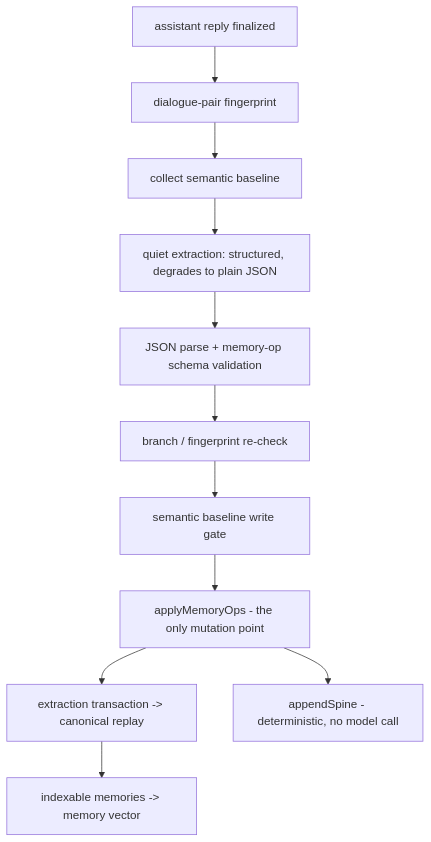
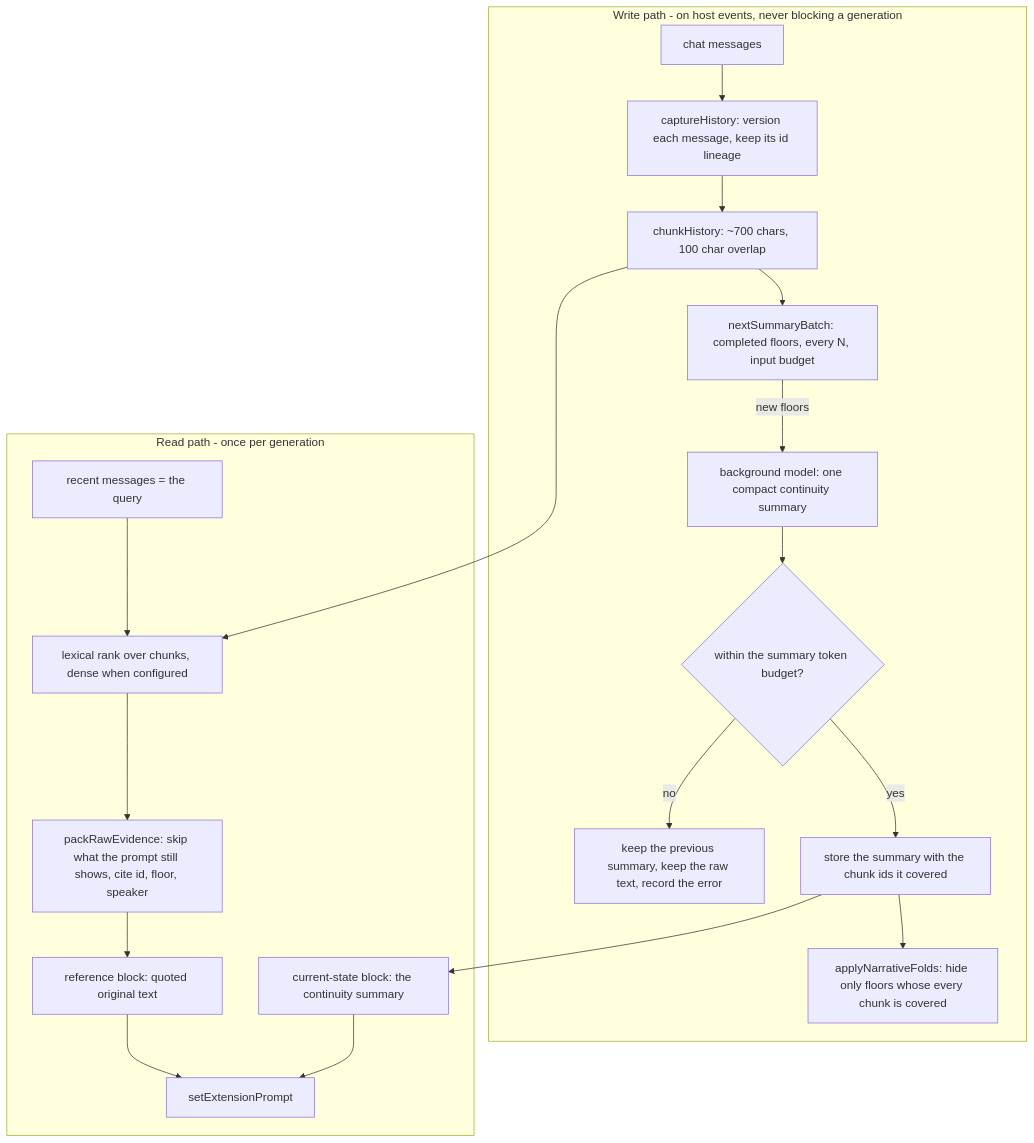
One commit to Icey0111/Memory-plugin changed the diagram in dev_docs/01_architecture.md. Above: the diagram before and after it, drawn with Mermaid. The commit also changed other lines of this file and 75 other files, not shown here.

First line of the commit message:
feat: the summary carries continuity and the original text carries detail

````diff
--- a/dev_docs/01_architecture.md
+++ b/dev_docs/01_architecture.md
@@ -60,13 +23,22 @@
 ```mermaid
 flowchart TD
-    A[assistant reply finalized] --> B[dialogue-pair fingerprint]
-    B --> C[collect semantic baseline]
-    C --> D[quiet extraction: structured, degrades to plain JSON]
-    D --> E[JSON parse + memory-op schema validation]
-    E --> F[branch / fingerprint re-check]
-    F --> G[semantic baseline write gate]
-    G --> H[applyMemoryOps - the only mutation point]
-    H --> I[extraction transaction -> canonical replay]
-    H --> J[appendSpine - deterministic, no model call]
-    I --> K[indexable memories -> memory vector]
+    subgraph W[Write path - on host events, never blocking a generation]
+        R[chat messages] --> C[captureHistory: version each message, keep its id lineage]
+        C --> K[chunkHistory: ~700 chars, 100 char overlap]
+        K --> B[nextSummaryBatch: completed floors, every N, input budget]
+        B -->|new floors| S[background model: one compact continuity summary]
+        S --> V{within the summary token budget?}
+        V -->|no| E[keep the previous summary, keep the raw text, record the error]
+        V -->|yes| A[store the summary with the chunk ids it covered]
+        A --> D[applyNarrativeFolds: hide only floors whose every chunk is covered]
+    end
+    subgraph G[Read path - once per generation]
+        Q[recent messages = the query] --> L[lexical rank over chunks, dense when configured]
+        K --> L
+        L --> P[packRawEvidence: skip what the prompt still shows, cite id, floor, speaker]
+        A --> Y[current-state block: the continuity summary]
+        P --> X[reference block: quoted original text]
+        Y --> I[setExtensionPrompt]
+        X --> I
+    end
 ```
````
